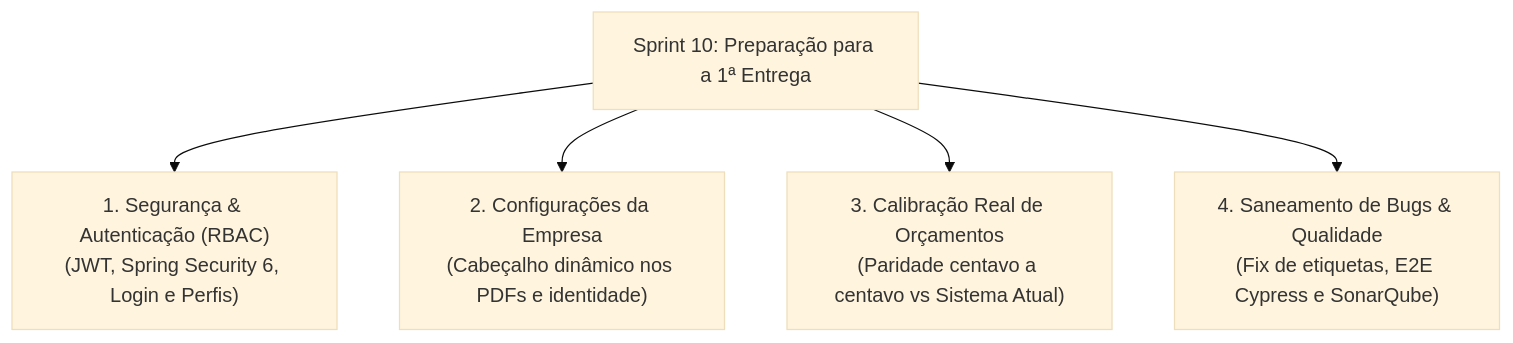
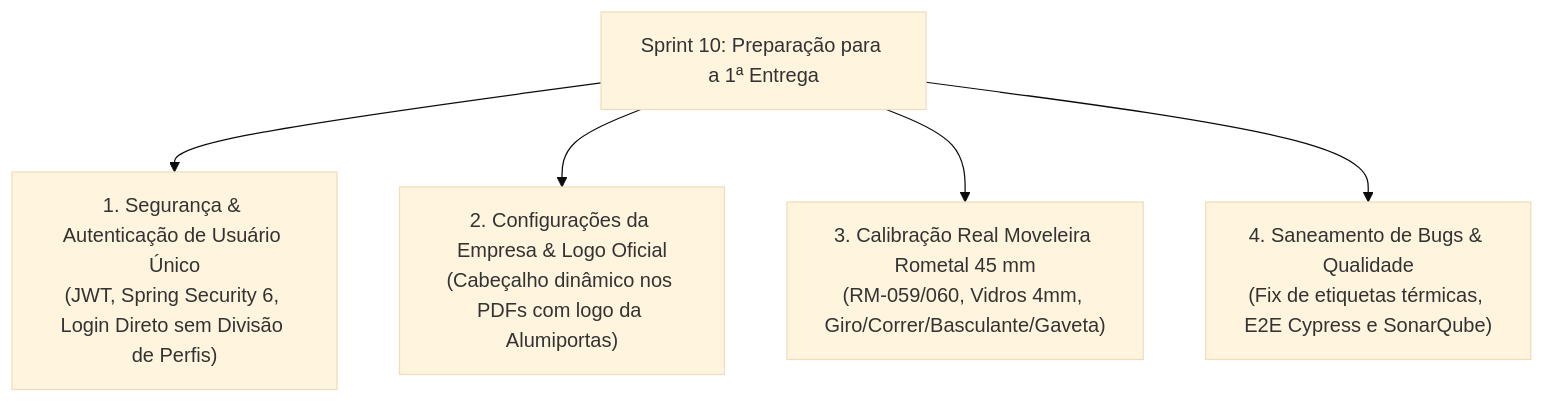
The diagram in docs/planejamento/sprint-10/README.md (ADS-IFPB-SR/alumigest), drawn with Mermaid (base theme) before and after one commit. The commit also changed other lines of this file and 5 other files, not shown here.

Commit message:
docs(planejamento): calibrar Sprint 10 para usuario unico, logo oficial e Linha 45mm Rometal moveleira

````diff
--- a/docs/planejamento/sprint-10/README.md
+++ b/docs/planejamento/sprint-10/README.md
@@ -18,7 +18,7 @@
 ```mermaid
 flowchart TD
-    A["Sprint 10: Preparação para a 1ª Entrega"] --> B["1. Segurança & Autenticação (RBAC)\n(JWT, Spring Security 6, Login e Perfis)"]
-    A --> C["2. Configurações da Empresa\n(Cabeçalho dinâmico nos PDFs e identidade)"]
-    A --> D["3. Calibração Real de Orçamentos\n(Paridade centavo a centavo vs Sistema Atual)"]
-    A --> E["4. Saneamento de Bugs & Qualidade\n(Fix de etiquetas, E2E Cypress e SonarQube)"]
+    A["Sprint 10: Preparação para a 1ª Entrega"] --> B["1. Segurança & Autenticação de Usuário Único\n(JWT, Spring Security 6, Login Direto sem Divisão de Perfis)"]
+    A --> C["2. Configurações da Empresa & Logo Oficial\n(Cabeçalho dinâmico nos PDFs com logo da Alumiportas)"]
+    A --> D["3. Calibração Real Moveleira Rometal 45 mm\n(RM-059/060, Vidros 4mm, Giro/Correr/Basculante/Gaveta)"]
+    A --> E["4. Saneamento de Bugs & Qualidade\n(Fix de etiquetas térmicas, E2E Cypress e SonarQube)"]
 ```
````
